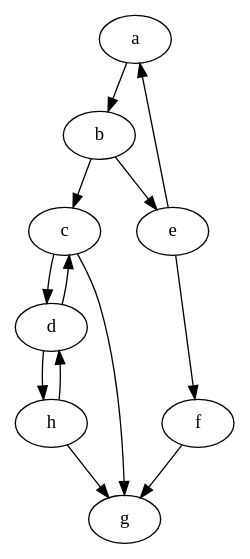
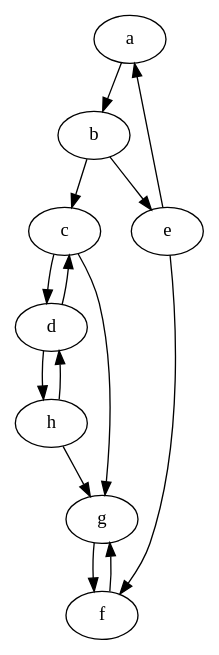
The diagram in t2/exemplos/exemplo.dot (Luan-MB/grafos-graphviz), drawn with Graphviz before and after one commit. The commit also changed 1 other file, not shown here.

```diff
--- a/t2/exemplos/exemplo.dot
+++ b/t2/exemplos/exemplo.dot
@@ -1,11 +1,12 @@
 digraph g {
     a -> b -> c -> d;
     d -> c;
     e -> a;
     b -> e;
     e -> f -> g;
     c -> g;
     d -> h;
     h -> d;
     h -> g;
+    g -> f;
 }
```
